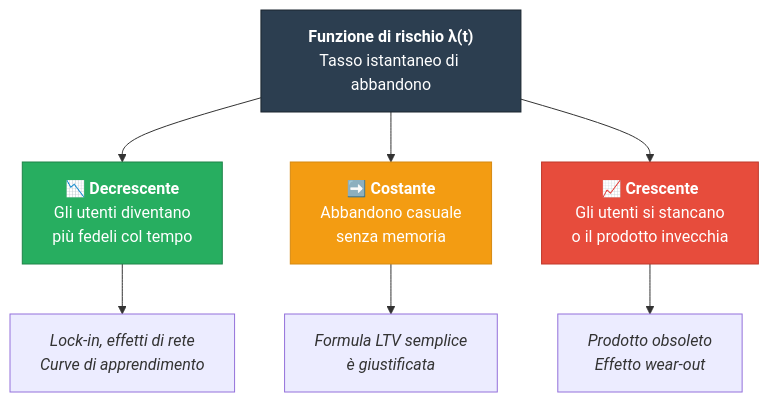
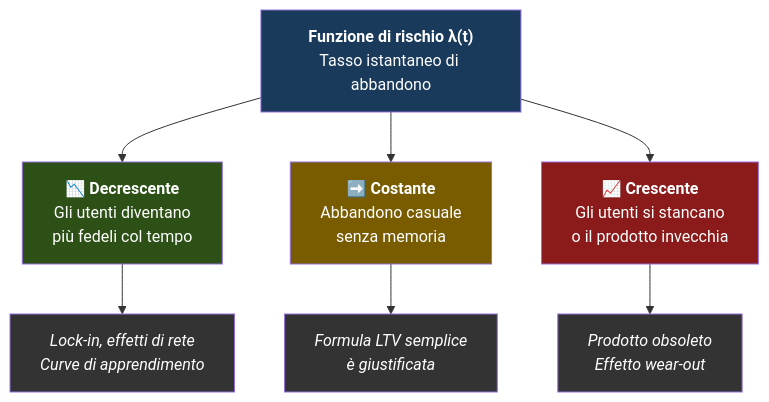
Before and after one commit to AndreyBertasini/gynnitech: the eighth of 12 diagrams in src/content/corso/analisi-prodotto/analisi-coorte.mdx, drawn with Mermaid. The commit also changed other lines of this file and 21 other files, not shown here.

First line of the commit message:
style: applica color scheme semantico a tutti i diagrammi Mermaid del corso

````diff
--- a/src/content/corso/analisi-prodotto/analisi-coorte.mdx
+++ b/src/content/corso/analisi-prodotto/analisi-coorte.mdx
@@ -240,14 +253,17 @@
 ```mermaid
 graph TD
     H["<b>Funzione di rischio λ(t)</b><br/>Tasso istantaneo di abbandono"]
     H --> DEC["📉 <b>Decrescente</b><br/>Gli utenti diventano<br/>più fedeli col tempo"]
     H --> CONST["➡️ <b>Costante</b><br/>Abbandono casuale<br/>senza memoria"]
     H --> INC["📈 <b>Crescente</b><br/>Gli utenti si stancano<br/>o il prodotto invecchia"]
     DEC --> DEC_EX["<i>Lock-in, effetti di rete<br/>Curve di apprendimento</i>"]
     CONST --> CONST_EX["<i>Formula LTV semplice<br/>è giustificata</i>"]
     INC --> INC_EX["<i>Prodotto obsoleto<br/>Effetto wear-out</i>"]
-    style H fill:#2c3e50,stroke:#1a252f,color:#fff
-    style DEC fill:#27ae60,stroke:#1e8449,color:#fff
-    style CONST fill:#f39c12,stroke:#d68910,color:#fff
-    style INC fill:#e74c3c,stroke:#c0392b,color:#fff
+    style H fill:#1a3a5c,color:#ffffff
+    style DEC fill:#2d5016,color:#ffffff
+    style CONST fill:#7a5c00,color:#ffffff
+    style INC fill:#8b1a1a,color:#ffffff
+    style DEC_EX fill:#333333,color:#ffffff
+    style CONST_EX fill:#333333,color:#ffffff
+    style INC_EX fill:#333333,color:#ffffff
 ```
````
